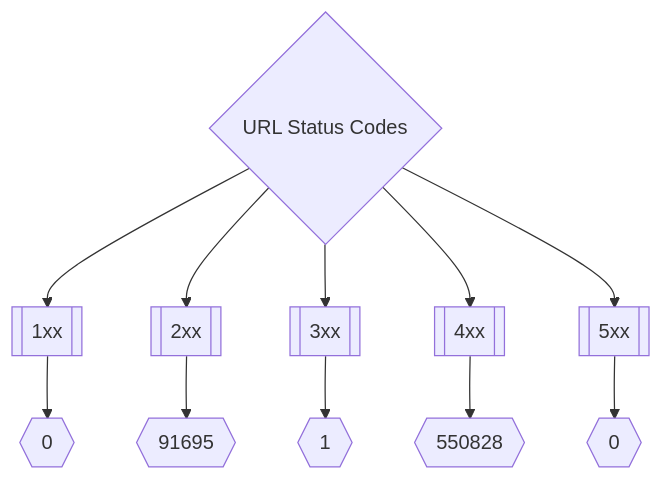
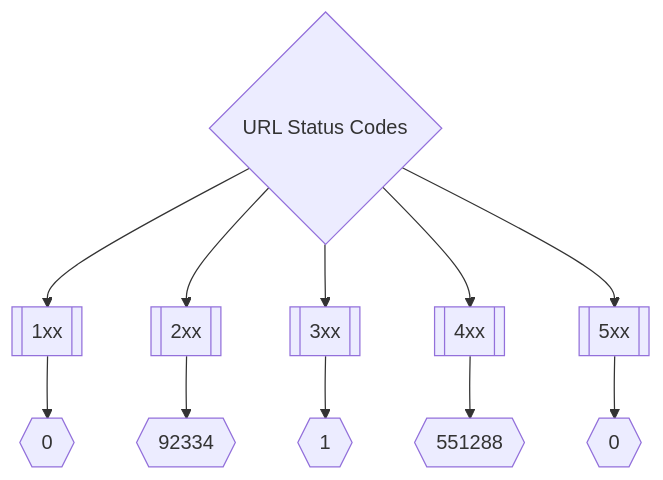
The second of 3 diagrams in README.md (trickest/inventory), drawn with Mermaid before and after one commit. The commit also changed other lines of this file, not shown here.

Commit message:
Update README.md Thu Jun 30 21:02:27 UTC 2022

````diff
--- a/README.md
+++ b/README.md
@@ -175,8 +175,8 @@
 ```mermaid
 graph TD
 title{URL Status Codes} --> 1xx[[1xx]] --> status1xxNum{{0}}
-title --> 2xx[[2xx]] --> status2xxNum{{91695}}
+title --> 2xx[[2xx]] --> status2xxNum{{92334}}
 title --> 3xx[[3xx]] --> status3xxNum{{1}}
-title --> 4xx[[4xx]] --> status4xxNum{{550828}}
+title --> 4xx[[4xx]] --> status4xxNum{{551288}}
 title --> 5xx[[5xx]] --> status5xxNum{{0}}
 ```
````
